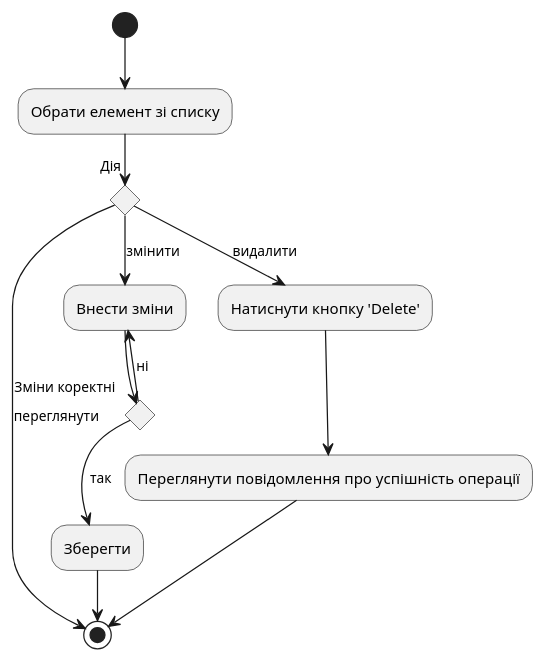
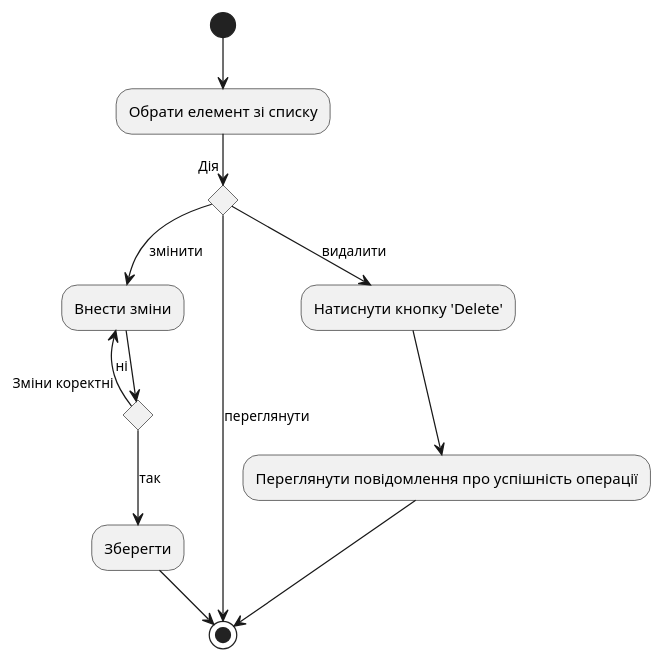
Before and after one commit to carexoid/se-lab: the diagram in doc/ux/taskflow/A2.puml, drawn with PlantUML. The commit also changed 5 other files, not shown here.

```diff
--- a/doc/ux/taskflow/A2.puml
+++ b/doc/ux/taskflow/A2.puml
@@ -1,18 +1,18 @@
 @startuml A2
 (*) --> "Обрати елемент зі списку"
 if "Дія" then
     -->[переглянути](*)
 else
     -->[змінити] "Внести зміни"
     if "Зміни коректні" then
         -->[так]"Зберегти"
         --> (*)
     else
-        -->[ні] "Внести зміни"
+        -left->[ні] "Внести зміни"
     endif
 else
     -->[видалити] "Натиснути кнопку 'Delete'"
     --> "Переглянути повідомлення про успішність операції"
     -->(*)
 endif
 @enduml
```
